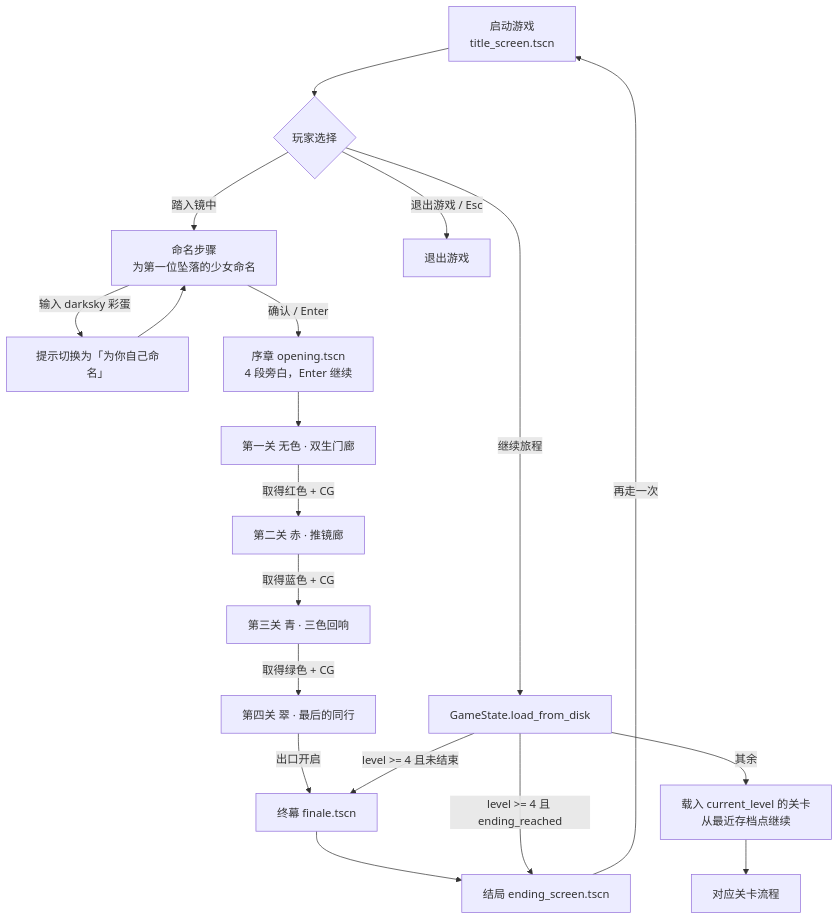
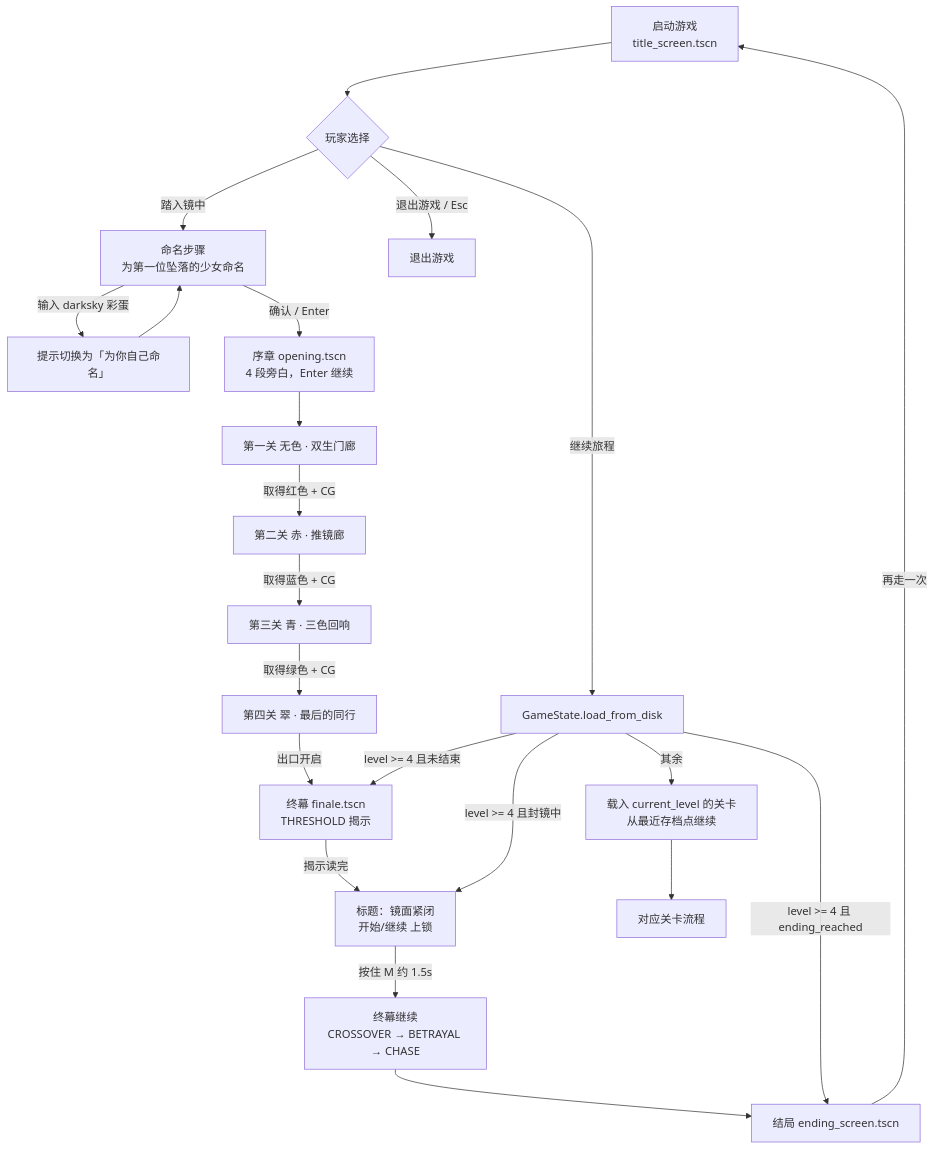
Before and after one commit to rudong1/perfect-game: the first of 2 diagrams in docs/game_flow.md, drawn with Mermaid. The commit also changed other lines of this file and 4 other files, not shown here.

````diff
--- a/docs/game_flow.md
+++ b/docs/game_flow.md
@@ -11,21 +11,24 @@
 ```mermaid
 flowchart TD
     A[启动游戏<br/>title_screen.tscn] --> B{玩家选择}
     B -->|踏入镜中| C[命名步骤<br/>为第一位坠落的少女命名]
     C -->|输入 darksky 彩蛋| C2[提示切换为「为你自己命名」]
     C2 --> C
     C -->|确认 / Enter| D[序章 opening.tscn<br/>4 段旁白，Enter 继续]
     B -->|继续旅程| L[GameState.load_from_disk]
     B -->|退出游戏 / Esc| Q[退出游戏]
     D --> E[第一关 无色 · 双生门廊]
     E -->|取得红色 + CG| F[第二关 赤 · 推镜廊]
     F -->|取得蓝色 + CG| G[第三关 青 · 三色回响]
     G -->|取得绿色 + CG| H[第四关 翠 · 最后的同行]
-    H -->|出口开启| I[终幕 finale.tscn]
-    I --> J[结局 ending_screen.tscn]
+    H -->|出口开启| I[终幕 finale.tscn<br/>THRESHOLD 揭示]
+    I -->|揭示读完| S[标题：镜面紧闭<br/>开始/继续 上锁]
+    S -->|按住 M 约 1.5s| I2[终幕继续<br/>CROSSOVER → BETRAYAL → CHASE]
+    I2 --> J[结局 ending_screen.tscn]
     J -->|再走一次| A
+    L -->|level >= 4 且封镜中| S
     L -->|level >= 4 且未结束| I
     L -->|level >= 4 且 ending_reached| J
     L -->|其余| M[载入 current_level 的关卡<br/>从最近存档点继续]
     M --> F2[对应关卡流程]
 ```
````
